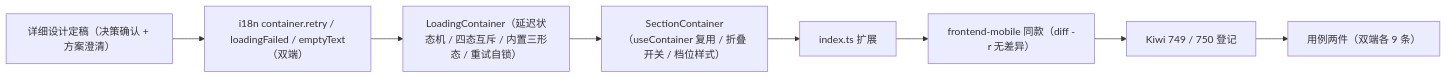
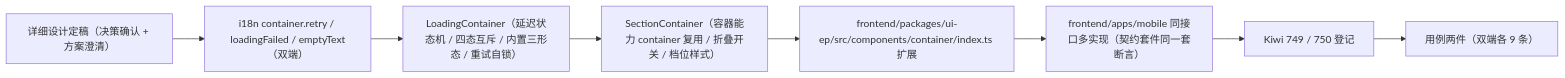
Before and after one commit to minjian123/basic-management-system: the diagram in bms文档/项目/04_前端组件库/任务/04_容器组件类/04_容器组件类_04_状态与分区/实施/01_实施_04_状态与分区.md, drawn with Mermaid. The commit also changed other lines of this file and 134 other files, not shown here.

````diff
--- a/bms文档/项目/04_前端组件库/任务/04_容器组件类/04_容器组件类_04_状态与分区/实施/01_实施_04_状态与分区.md
+++ b/bms文档/项目/04_前端组件库/任务/04_容器组件类/04_容器组件类_04_状态与分区/实施/01_实施_04_状态与分区.md
@@ -22,10 +22,10 @@
 ```mermaid
 flowchart LR
     D["详细设计定稿（决策确认 + 方案澄清）"] --> I["i18n container.retry / loadingFailed / emptyText（双端）"]
     I --> L["LoadingContainer（延迟状态机 / 四态互斥 / 内置三形态 / 重试自锁）"]
-    L --> S["SectionContainer（useContainer 复用 / 折叠开关 / 档位样式）"]
-    S --> X["index.ts 扩展"]
-    X --> M["frontend-mobile 同款（diff -r 无差异）"]
+    L --> S["SectionContainer（容器能力 container 复用 / 折叠开关 / 档位样式）"]
+    S --> X["frontend/packages/ui-ep/src/components/container/index.ts 扩展"]
+    X --> M["frontend/apps/mobile 同接口多实现（契约套件同一套断言）"]
     M --> K["Kiwi 749 / 750 登记"]
     K --> U["用例两件（双端各 9 条）"]
 ```
````
